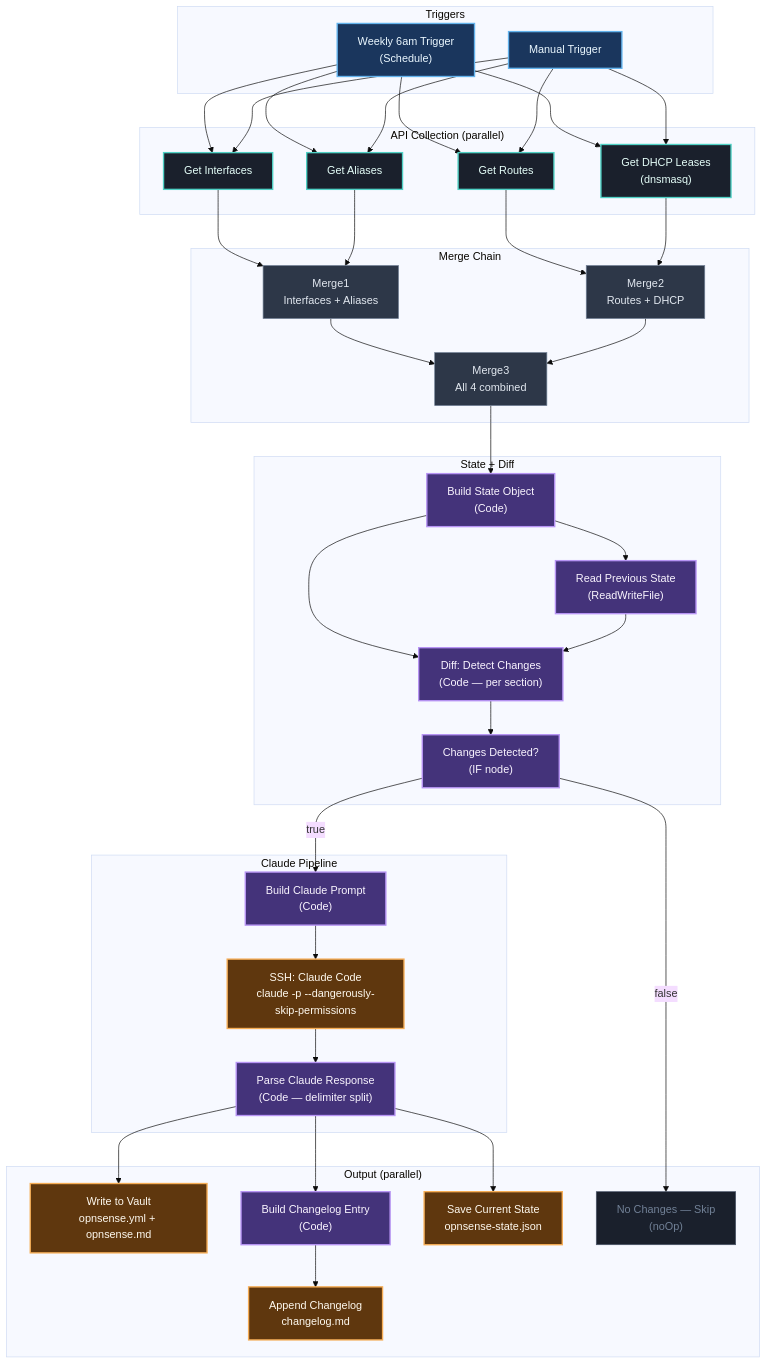
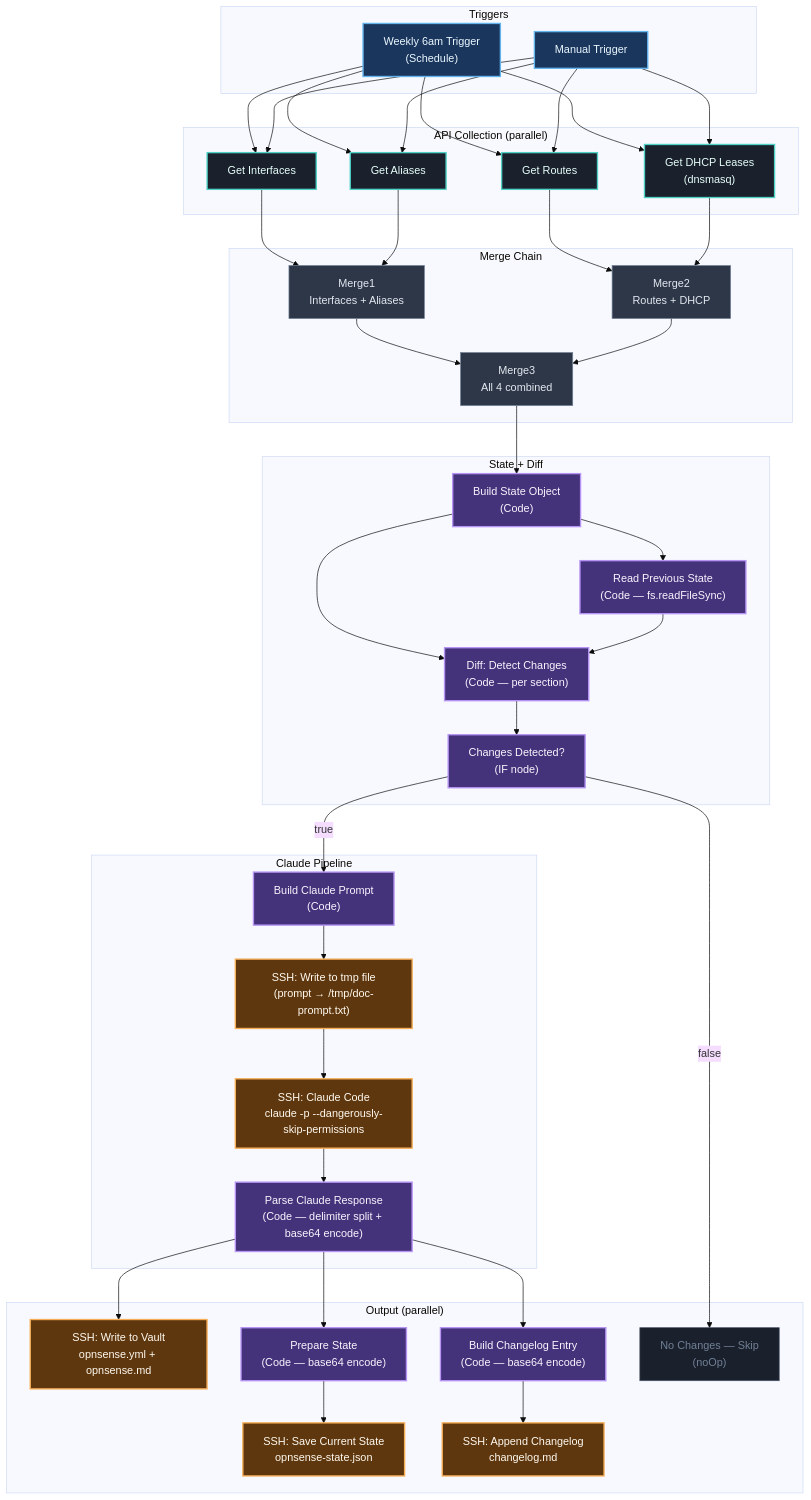
One commit to moshthesubnet/hugo_website changed the second of 2 diagrams in content/docs/projects/n8n-homelab-docs-pipeline/index.md. Above: the diagram before and after it, drawn with Mermaid (base theme). The commit also changed other lines of this file and 2 other files, not shown here.

First line of the commit message:
fix(n8n-docs-pipeline): update blog, project page, and template to reflect SSH-based vault writes

```diff
--- a/content/docs/projects/n8n-homelab-docs-pipeline/index.md
+++ b/content/docs/projects/n8n-homelab-docs-pipeline/index.md
@@ -267,22 +267,24 @@
 
     subgraph state["State + Diff"]
         BSO["Build State Object<br/>(Code)"]
-        RPS["Read Previous State<br/>(ReadWriteFile)"]
+        RPS["Read Previous State<br/>(Code — fs.readFileSync)"]
         DIFF["Diff: Detect Changes<br/>(Code — per section)"]
         IF["Changes Detected?<br/>(IF node)"]
     end
 
     subgraph claude["Claude Pipeline"]
         BCP["Build Claude Prompt<br/>(Code)"]
+        SSHTMP["SSH: Write to tmp file<br/>(prompt → /tmp/doc-prompt.txt)"]
         SSH["SSH: Claude Code<br/>claude -p --dangerously-skip-permissions"]
-        PCR["Parse Claude Response<br/>(Code — delimiter split)"]
+        PCR["Parse Claude Response<br/>(Code — delimiter split + base64 encode)"]
     end
 
     subgraph output["Output (parallel)"]
-        WV["Write to Vault<br/>opnsense.yml + opnsense.md"]
-        BCE["Build Changelog Entry<br/>(Code)"]
-        SCS["Save Current State<br/>opnsense-state.json"]
-        AC["Append Changelog<br/>changelog.md"]
+        WV["SSH: Write to Vault<br/>opnsense.yml + opnsense.md"]
+        BCE["Build Changelog Entry<br/>(Code — base64 encode)"]
+        PREP["Prepare State<br/>(Code — base64 encode)"]
+        SCS["SSH: Save Current State<br/>opnsense-state.json"]
+        AC["SSH: Append Changelog<br/>changelog.md"]
         SKIP["No Changes — Skip<br/>(noOp)"]
     end
 
@@ -305,13 +307,15 @@
     IF -->|true| BCP
     IF -->|false| SKIP
 
-    BCP --> SSH
+    BCP --> SSHTMP
+    SSHTMP --> SSH
     SSH --> PCR
 
     PCR --> WV
     PCR --> BCE
-    PCR --> SCS
+    PCR --> PREP
     BCE --> AC
+    PREP --> SCS
 
     classDef trigger fill:#1a365d,stroke:#63b3ed,stroke-width:2px,color:#ebf8ff
     classDef api fill:#1a202c,stroke:#4fd1c5,stroke-width:2px,color:#e6fffa
@@ -323,7 +327,7 @@
     class SCHED,MANUAL trigger
     class GI,GA,GR,GD api
     class M1,M2,M3 merge
-    class BSO,RPS,DIFF,IF,BCP,PCR,BCE code
-    class SSH,WV,SCS,AC io
+    class BSO,RPS,DIFF,IF,BCP,PCR,BCE,PREP code
+    class SSHTMP,SSH,WV,SCS,AC io
     class SKIP skip
 {{< /mermaid >}}
```
